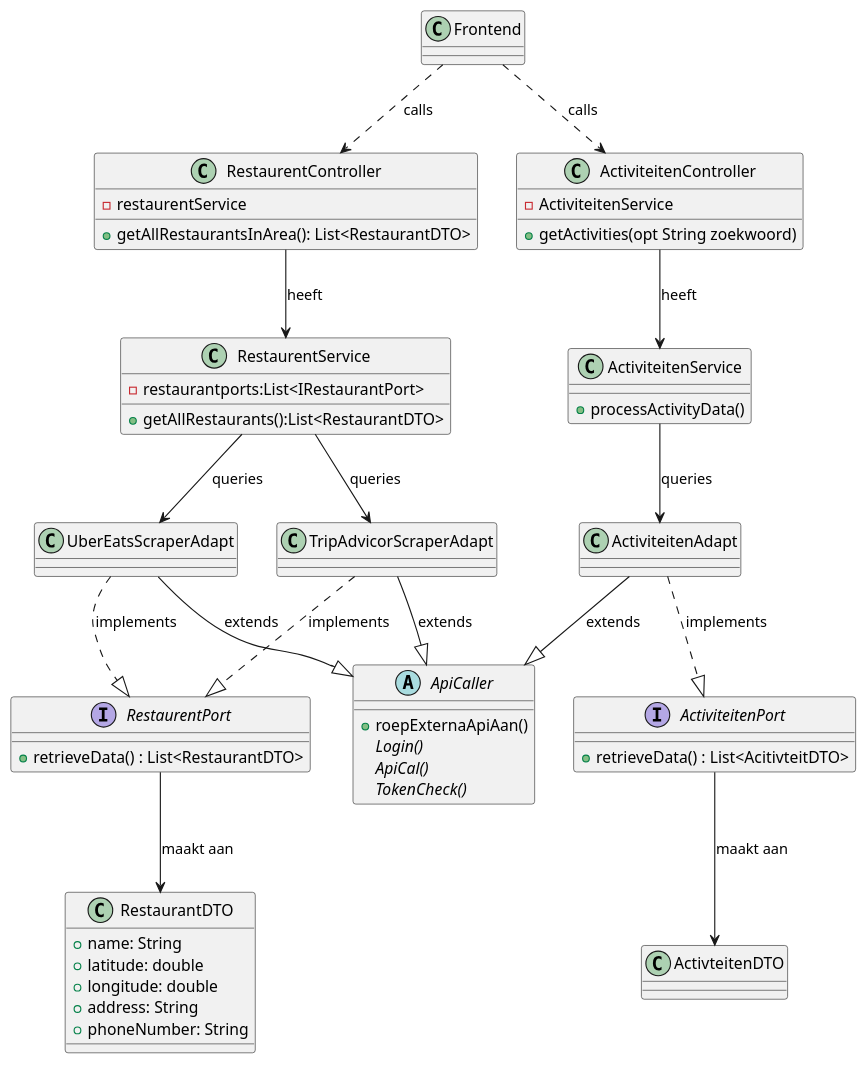
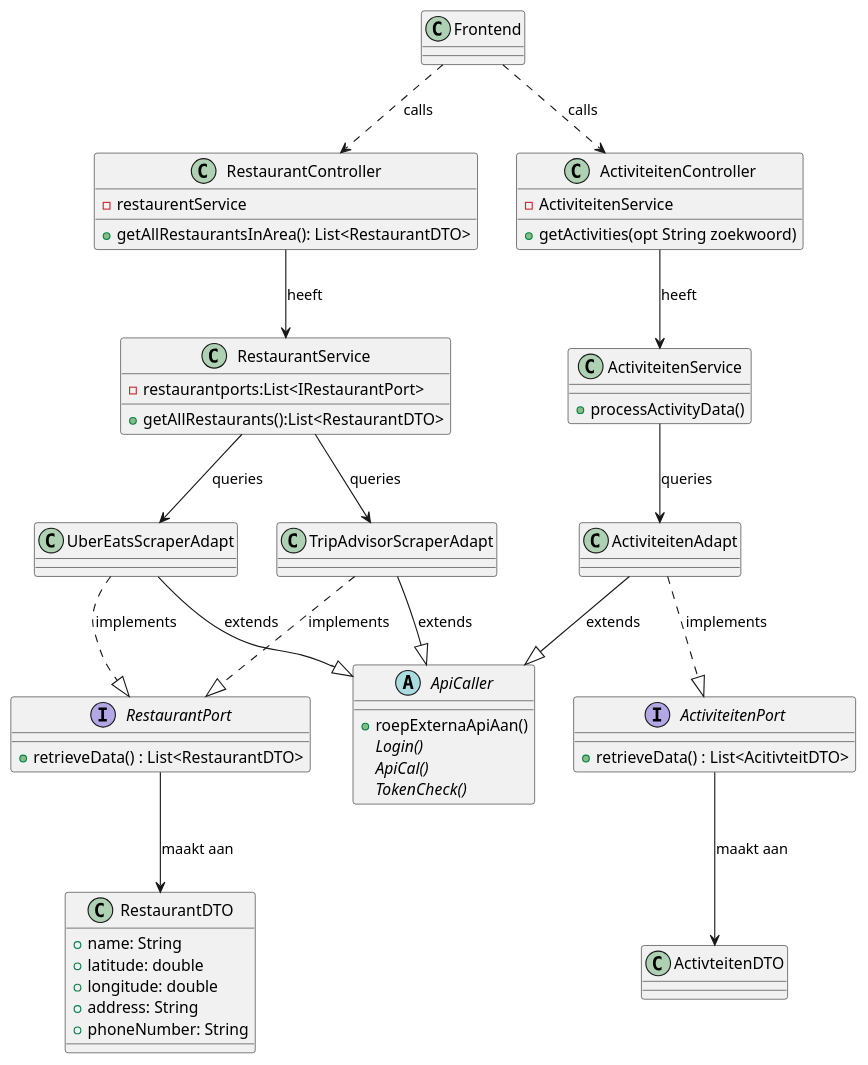
The diagram in opdracht-diagrammen/classDiagram.puml (AIM-ENE-feb25/triptop-jrn), drawn with PlantUML before and after one commit. The commit also changed 1 other file, not shown here.

Commit message:
spelfouten in klassediagram

```diff
--- a/opdracht-diagrammen/classDiagram.puml
+++ b/opdracht-diagrammen/classDiagram.puml
@@ -1,75 +1,75 @@
 @startuml
 
 abstract class ApiCaller {
     + roepExternaApiAan()
     Login() {abstract}
     ApiCal() {abstract}
     TokenCheck() {abstract}
 }
 
-interface RestaurentPort {
+interface RestaurantPort {
   +  retrieveData() : List<RestaurantDTO>
 }
 
 interface ActiviteitenPort {
   +  retrieveData() : List<AcitivteitDTO>
 }
 
-class RestaurentController {
+class RestaurantController {
   - restaurentService
   + getAllRestaurantsInArea(): List<RestaurantDTO>
 }
 
 class ActiviteitenController {
   - ActiviteitenService
   + getActivities(opt String zoekwoord)
 }
 
-class RestaurentService {
+class RestaurantService {
   - restaurantports:List<IRestaurantPort>
   + getAllRestaurants():List<RestaurantDTO>
 }
 
 class ActiviteitenService {
   + processActivityData()
 }
 
 class UberEatsScraperAdapt  {
 }
 
-class TripAdvicorScraperAdapt  {
+class TripAdvisorScraperAdapt  {
 }
 
 class ActiviteitenAdapt {
 }
 
 class RestaurantDTO{
     + name: String
     + latitude: double
     + longitude: double
     + address: String
     + phoneNumber: String
 }
 
-Frontend ..> RestaurentController : "calls"
+Frontend ..> RestaurantController : "calls"
 Frontend ..> ActiviteitenController : "calls"
 
-RestaurentController --> RestaurentService : "heeft"
+RestaurantController --> RestaurantService : "heeft"
 ActiviteitenController --> ActiviteitenService : "heeft"
 
-RestaurentService --> UberEatsScraperAdapt  : "queries"
-RestaurentService --> TripAdvicorScraperAdapt : "queries"
+RestaurantService --> UberEatsScraperAdapt  : "queries"
+RestaurantService --> TripAdvisorScraperAdapt : "queries"
 ActiviteitenService --> ActiviteitenAdapt : "queries"
 
-UberEatsScraperAdapt  ..|> RestaurentPort : "implements"
-TripAdvicorScraperAdapt ..|> RestaurentPort : "implements"
+UberEatsScraperAdapt  ..|> RestaurantPort : "implements"
+TripAdvisorScraperAdapt ..|> RestaurantPort : "implements"
 ActiviteitenAdapt ..|> ActiviteitenPort : "implements"
 
 UberEatsScraperAdapt  --|> ApiCaller : "extends"
-TripAdvicorScraperAdapt --|> ApiCaller : "extends"
+TripAdvisorScraperAdapt --|> ApiCaller : "extends"
 ActiviteitenAdapt --|> ApiCaller : "extends"
 
-RestaurentPort --> RestaurantDTO : maakt aan
+RestaurantPort --> RestaurantDTO : maakt aan
 ActiviteitenPort --> ActivteitenDTO: maakt aan
 
 @enduml
```
